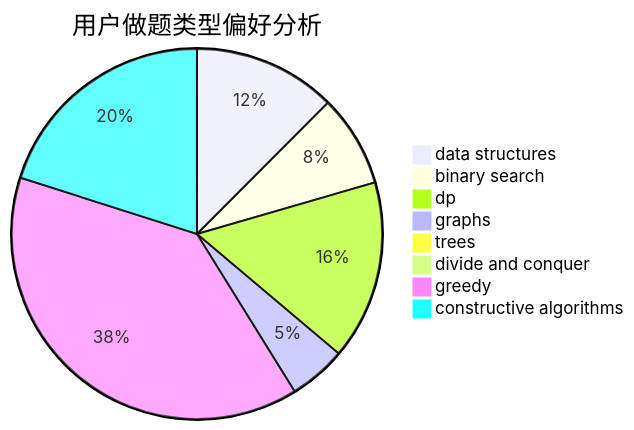
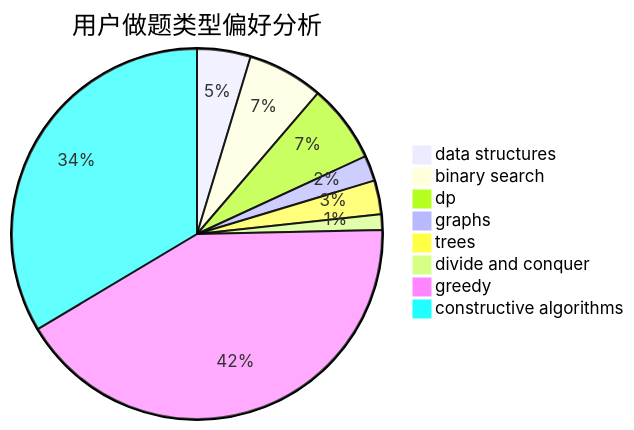
The second of 3 diagrams in docs/user/u1628.md (sherpahu/cfrs.github.io), drawn with Mermaid before and after one commit. The commit also changed other lines of this file and 2770 other files, not shown here.

````diff
--- a/docs/user/u1628.md
+++ b/docs/user/u1628.md
@@ -23,11 +23,11 @@
 ```mermaid
 pie title 用户做题类型偏好分析
-    "data structures" :  264
-    "binary search" :  170
-    "dp" :  331
-    "graphs" :  106
-    "trees" :  19
-    "divide and conquer" :  0
-    "greedy" :  820
-    "constructive algorithms" :  425
+    "data structures" :  65
+    "binary search" :  92
+    "dp" :  95
+    "graphs" :  31
+    "trees" :  41
+    "divide and conquer" :  19
+    "greedy" :  581
+    "constructive algorithms" :  467
 ```
````
